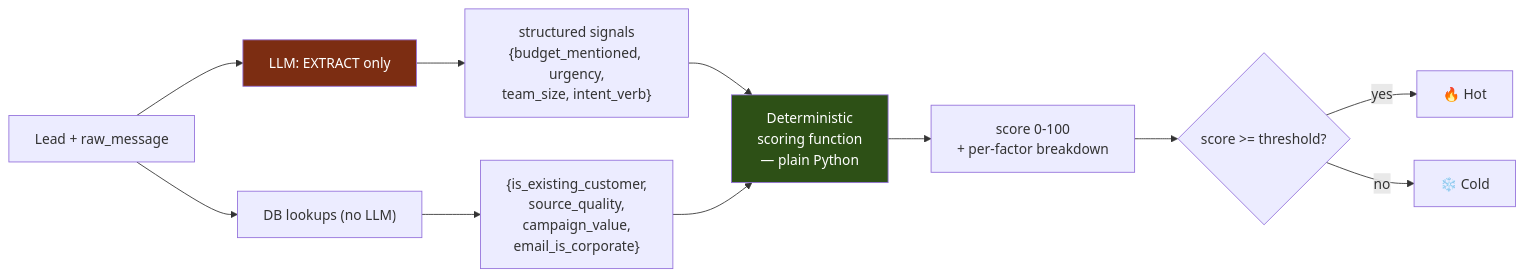
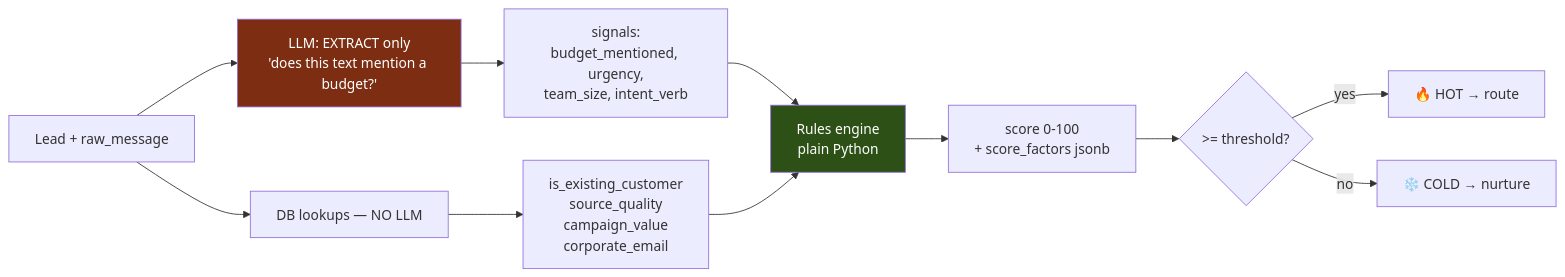
One commit to jitendra205saini/TwoWay_Ai_Agent changed the second of 4 diagrams in TWOWAY.md. Above: the diagram before and after it, drawn with Mermaid. The commit also changed other lines of this file, not shown here.

````diff
--- a/TWOWAY.md
+++ b/TWOWAY.md
@@ -287,15 +257,15 @@
 ```mermaid
 flowchart LR
-    A["Lead + raw_message"] --> B["LLM: EXTRACT only"]
-    B --> C["structured signals<br/>{budget_mentioned, urgency,<br/>team_size, intent_verb}"]
-    A --> D["DB lookups (no LLM)"]
-    D --> E["{is_existing_customer,<br/>source_quality,<br/>campaign_value,<br/>email_is_corporate}"]
-    C --> F["Deterministic<br/>scoring function<br/>— plain Python"]
+    A["Lead + raw_message"] --> B["LLM: EXTRACT only<br/>'does this text mention a budget?'"]
+    B --> C["signals:<br/>budget_mentioned, urgency,<br/>team_size, intent_verb"]
+    A --> D["DB lookups — NO LLM"]
+    D --> E["is_existing_customer<br/>source_quality<br/>campaign_value<br/>corporate_email"]
+    C --> F["Rules engine<br/>plain Python"]
     E --> F
-    F --> G["score 0-100<br/>+ per-factor breakdown"]
-    G --> H{"score >= threshold?"}
-    H -->|yes| I["🔥 Hot"]
-    H -->|no| J["❄️ Cold"]
+    F --> G["score 0-100<br/>+ score_factors jsonb"]
+    G --> H{"&gt;= threshold?"}
+    H -->|yes| I["🔥 HOT → route"]
+    H -->|no| J["❄️ COLD → nurture"]
     style B fill:#7c2d12,color:#fff
     style F fill:#2d5016,color:#fff
 ```
````
